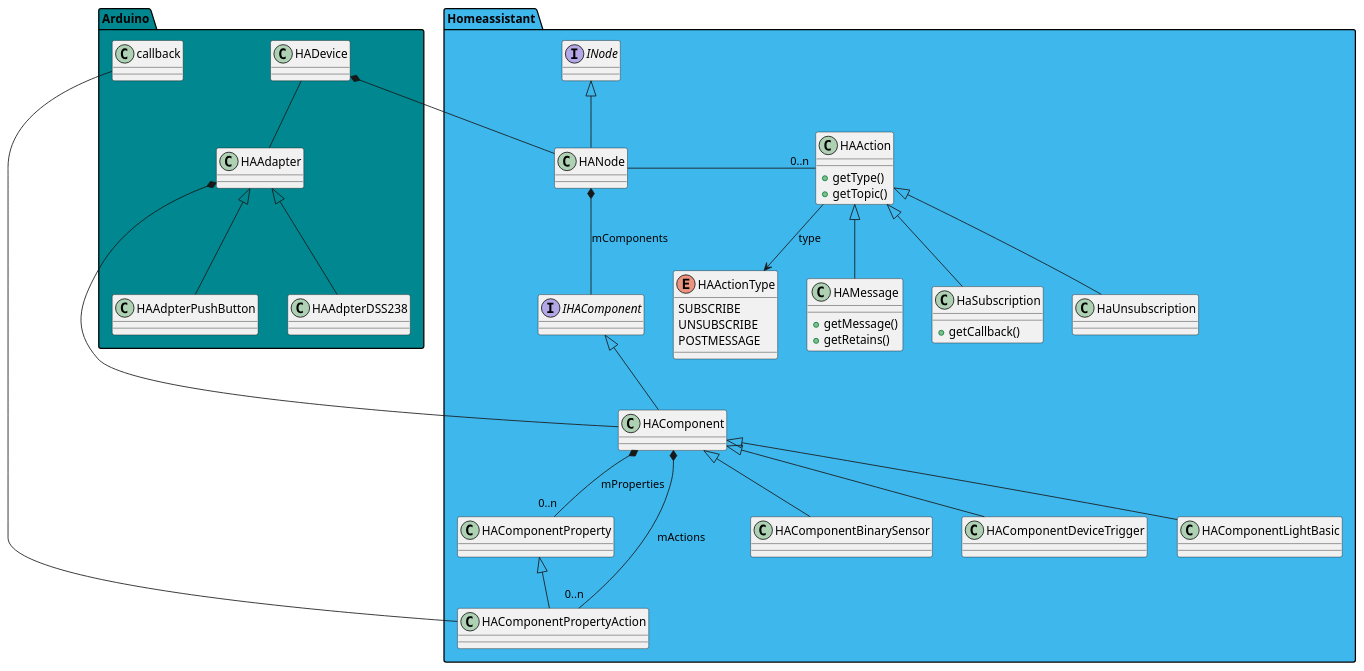
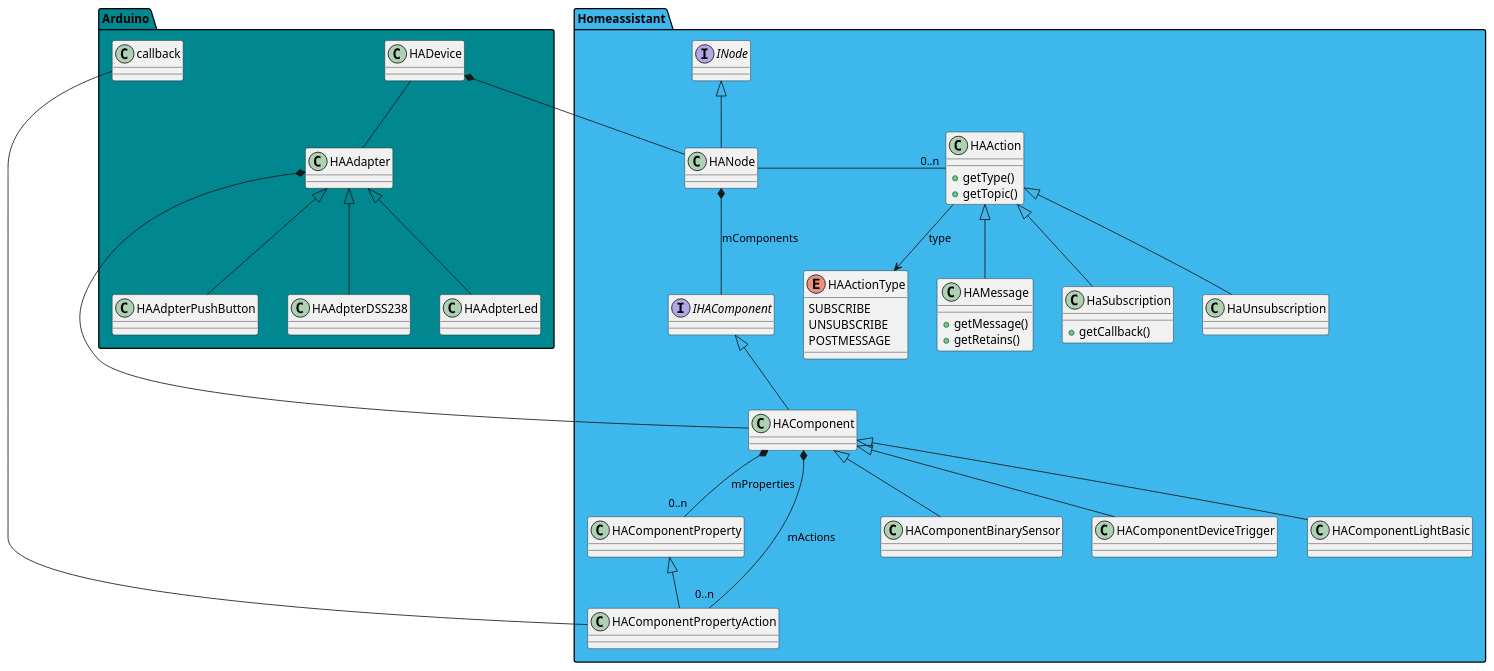
The diagram in doc/src/CD_All.puml (SBKila/homeassistantlibrary), drawn with PlantUML before and after one commit. The commit also changed 1 other file, not shown here.

```diff
--- a/doc/src/CD_All.puml
+++ b/doc/src/CD_All.puml
@@ -1,69 +1,70 @@
 @startuml General Class Diagram
 
 
 package "Arduino" #00878F {
 
   class HADevice
   HADevice -- HAAdapter
   HAAdapter <|-- HAAdpterPushButton
   HAAdapter <|-- HAAdpterDSS238
+  HAAdapter <|-- HAAdpterLed
   class callback
 
 }
 
 package "Homeassistant" #3eb7ed {
 
   interface INode
   class HANode
   HADevice *-- HANode
   INode <|-- HANode
   HANode *-- IHAComponent : mComponents
   HANode - "0..n" HAAction
 
 
   interface IHAComponent
   class HAComponent
   IHAComponent <|-- HAComponent
   HAComponent *-- "0..n" HAComponentProperty : mProperties
   HAComponent *-- "0..n" HAComponentPropertyAction : mActions
   HAAdapter *-- HAComponent
 
   class HAComponentProperty
   class HAComponentPropertyAction
   HAComponentProperty <|-- HAComponentPropertyAction
   callback -- HAComponentPropertyAction
 
 
   HAComponent <|-- HAComponentBinarySensor
   HAComponent <|-- HAComponentDeviceTrigger
   HAComponent <|-- HAComponentLightBasic
 
 
   enum HAActionType {
     SUBSCRIBE
     UNSUBSCRIBE
     POSTMESSAGE
   }
 
   class HAAction {
     +getType()
     +getTopic()
   }
   HAAction --> HAActionType : type
   HAAction <|-- HAMessage
-  HAAction <|--  HaSubscription
-  HAAction <|--  HaUnsubscription
+  HAAction <|-- HaSubscription
+  HAAction <|-- HaUnsubscription
 
   class HAMessage {
     +getMessage()
     +getRetains()
   }
   class HaSubscription {
     +getCallback()
   }
   class HaUnsubscription {
   }
 
 }
 
 @enduml
```
